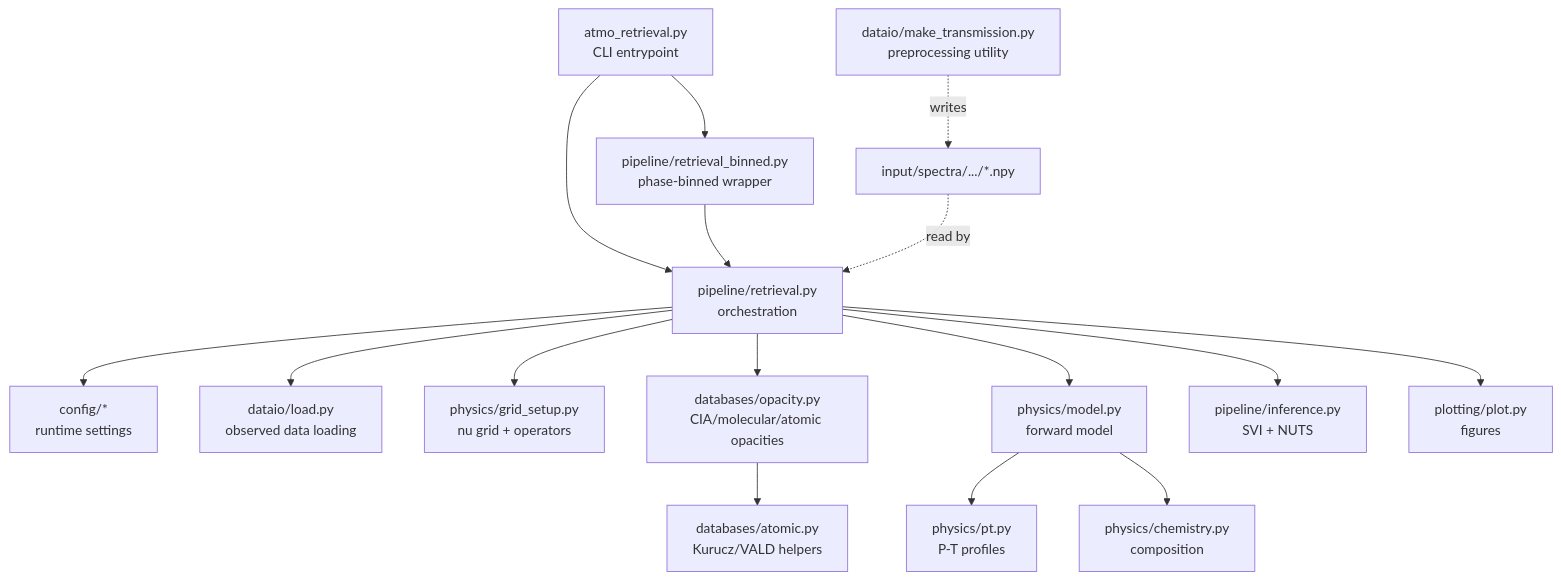
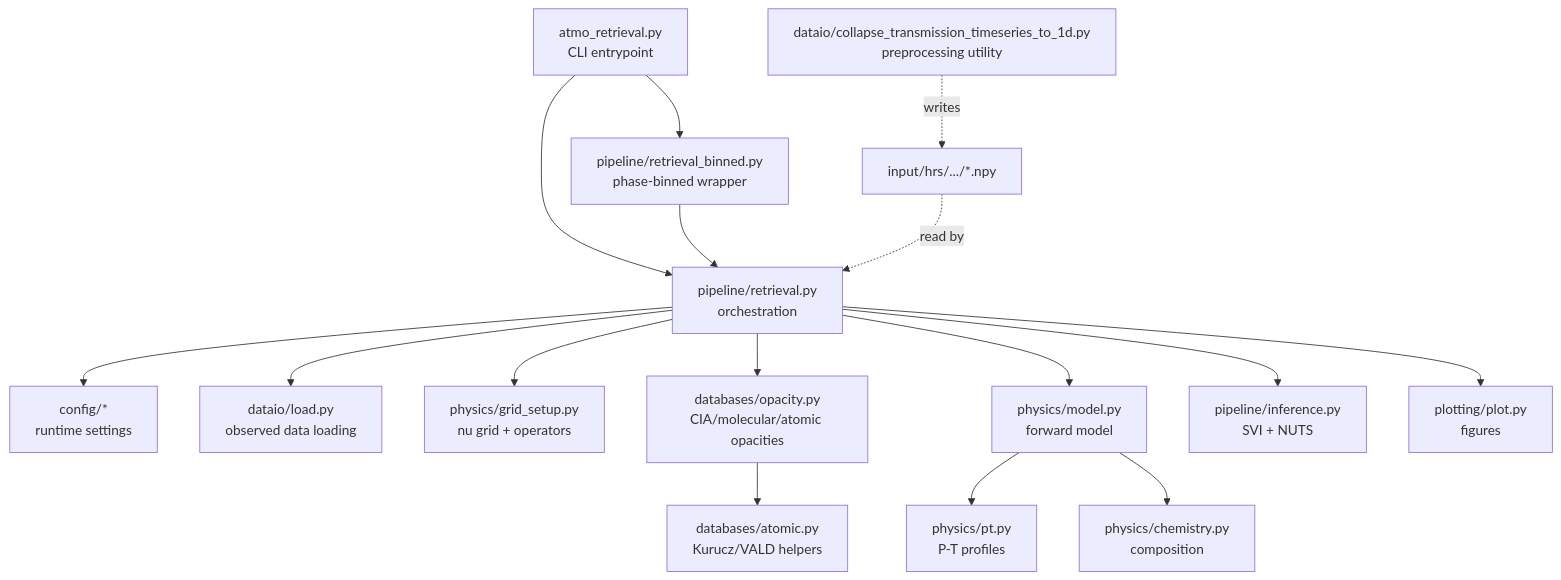
Before and after one commit to calderlen/atmo-retrieval: the diagram in README.md, drawn with Mermaid. The commit also changed other lines of this file and 18 other files, not shown here.

````diff
--- a/README.md
+++ b/README.md
@@ -29,21 +31,21 @@
 ```mermaid
 flowchart TD
     A[atmo_retrieval.py<br/>CLI entrypoint] --> B[pipeline/retrieval.py<br/>orchestration]
 
     B --> C[config/*<br/>runtime settings]
     B --> D[dataio/load.py<br/>observed data loading]
     B --> E[physics/grid_setup.py<br/>nu grid + operators]
     B --> F[databases/opacity.py<br/>CIA/molecular/atomic opacities]
     F --> G[databases/atomic.py<br/>Kurucz/VALD helpers]
     B --> H[physics/model.py<br/>forward model]
     H --> I[physics/pt.py<br/>P-T profiles]
     H --> J[physics/chemistry.py<br/>composition]
     B --> K[pipeline/inference.py<br/>SVI + NUTS]
     B --> L[plotting/plot.py<br/>figures]
 
     A --> M[pipeline/retrieval_binned.py<br/>phase-binned wrapper]
     M --> B
 
-    N[dataio/make_transmission.py<br/>preprocessing utility] -. writes .-> O[input/spectra/.../*.npy]
+    N[dataio/collapse_transmission_timeseries_to_1d.py<br/>preprocessing utility] -. writes .-> O[input/hrs/.../*.npy]
     O -. read by .-> B
 ```
````
